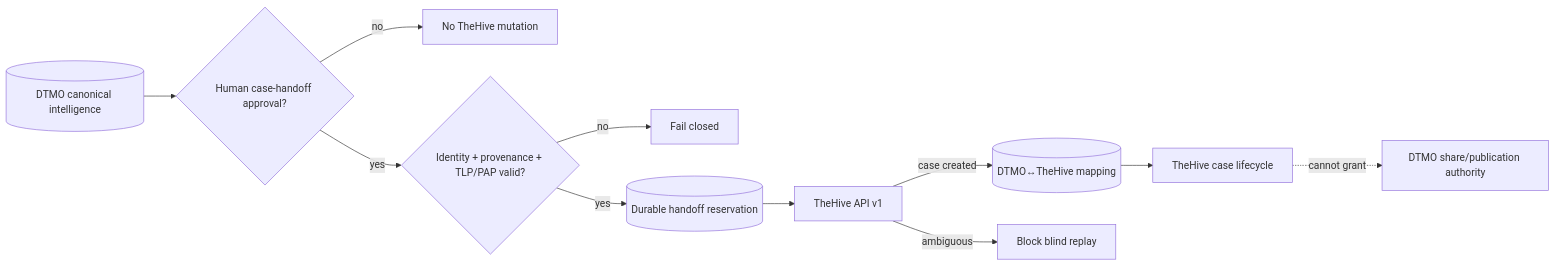
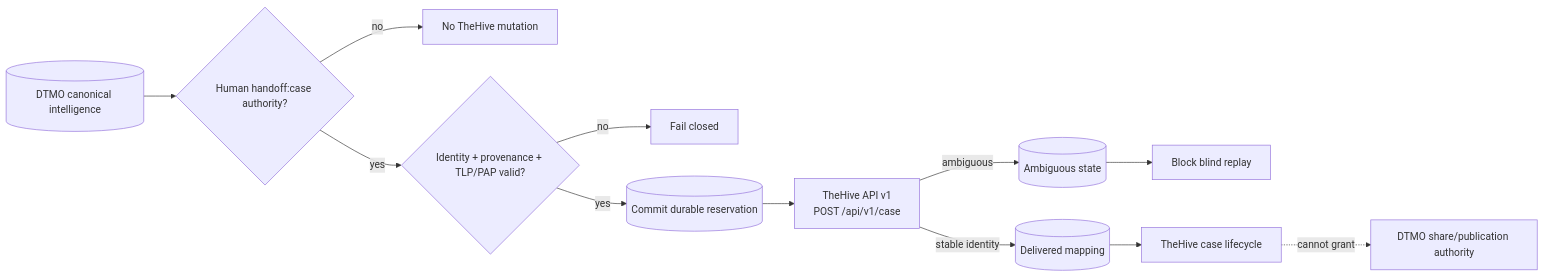
Before and after one commit to GJvManen/dtmo: the diagram in docs/README.md, drawn with Mermaid. The commit also changed other lines of this file, not shown here.

Commit message:
Expose Phase 11.6 TheHive implementation documentation

````diff
--- a/docs/README.md
+++ b/docs/README.md
@@ -55,13 +58,14 @@
 ```mermaid
 flowchart LR
-    D[(DTMO canonical intelligence)] --> A{Human case-handoff approval?}
+    D[(DTMO canonical intelligence)] --> A{Human handoff:case authority?}
     A -->|no| N[No TheHive mutation]
     A -->|yes| V{Identity + provenance + TLP/PAP valid?}
     V -->|no| X[Fail closed]
-    V -->|yes| R[(Durable handoff reservation)]
-    R --> T[TheHive API v1]
-    T -->|case created| M[(DTMO↔TheHive mapping)]
-    T -->|ambiguous| U[Block blind replay]
+    V -->|yes| R[(Commit durable reservation)]
+    R --> T[TheHive API v1\nPOST /api/v1/case]
+    T -->|stable identity| M[(Delivered mapping)]
+    T -->|ambiguous| U[(Ambiguous state)]
+    U --> B[Block blind replay]
     M --> H[TheHive case lifecycle]
     H -. cannot grant .-> S[DTMO share/publication authority]
 ```
````
